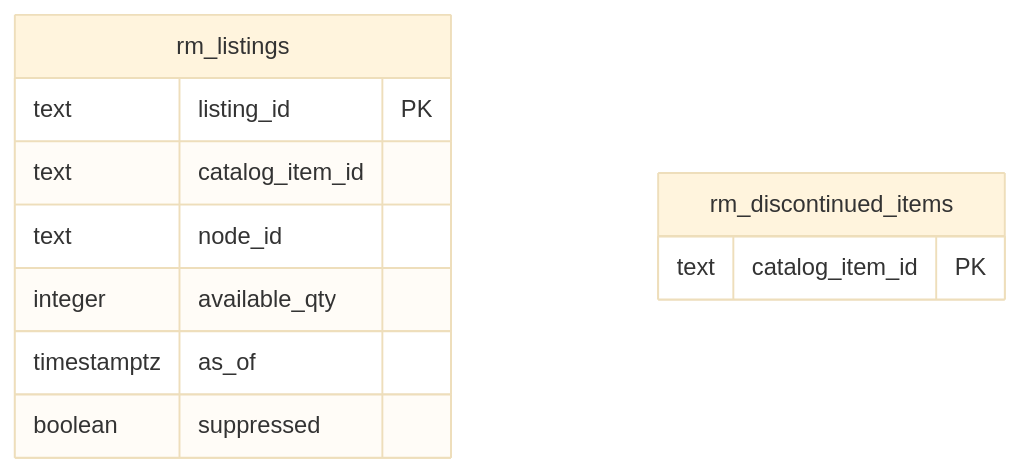
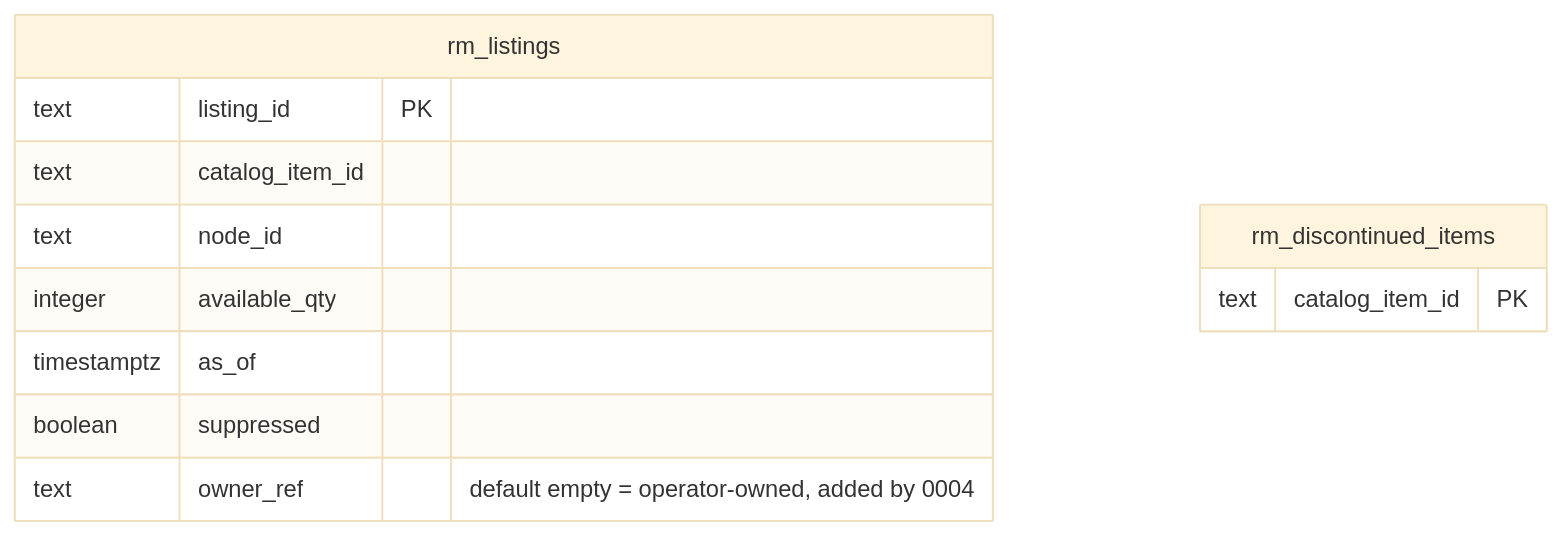
The fourth of 6 diagrams in docs/docs/ddd/entity-relationship.md (IQVO/order-sourcing), drawn with Mermaid (base theme) before and after one commit. The commit also changed other lines of this file and 6 other files, not shown here.

````diff
--- a/docs/docs/ddd/entity-relationship.md
+++ b/docs/docs/ddd/entity-relationship.md
@@ -149,14 +158,15 @@
 ```mermaid
 erDiagram
     rm_listings {
         text listing_id PK
         text catalog_item_id
         text node_id
         integer available_qty
         timestamptz as_of
         boolean suppressed
+        text owner_ref "default empty = operator-owned, added by 0004"
     }
     rm_discontinued_items {
         text catalog_item_id PK
     }
 ```
````
